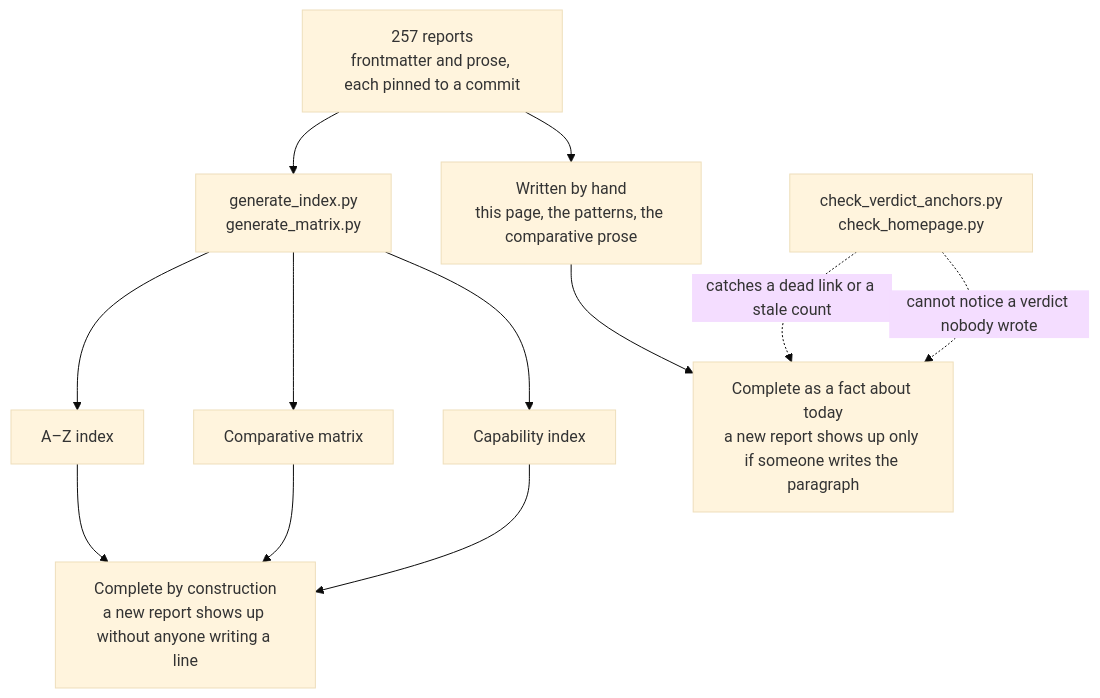
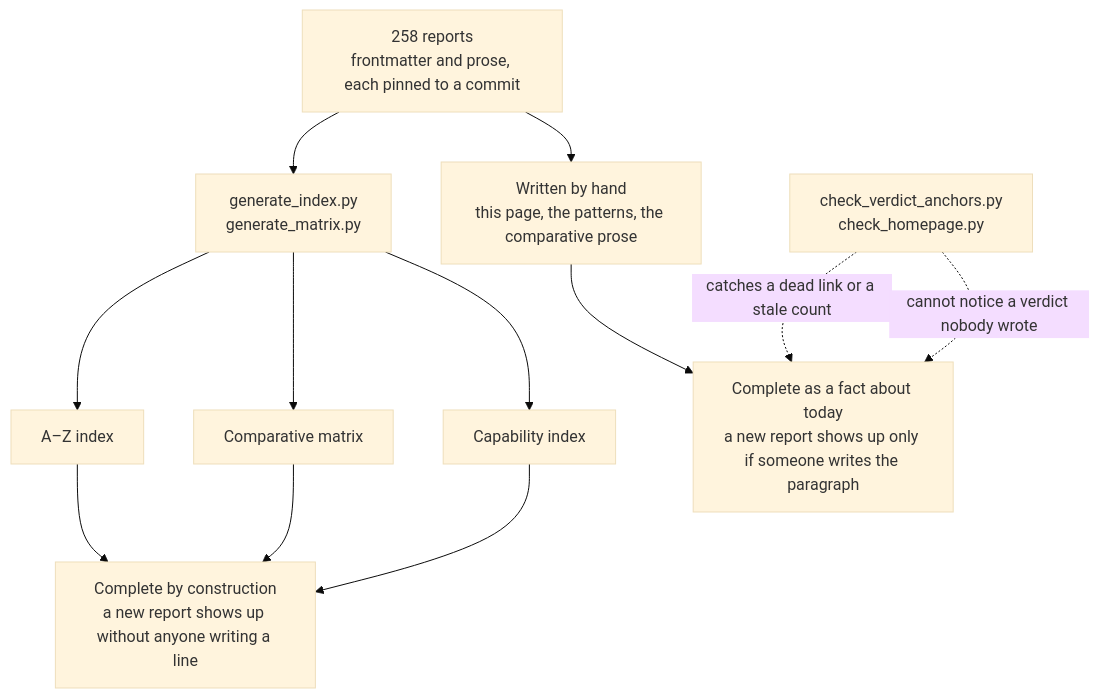
One commit to neoneye/agent-memory-atlas changed the diagram in content/verdicts.md. Above: the diagram before and after it, drawn with Mermaid (base theme). The commit also changed other lines of this file and 21 other files, not shown here.

````diff
--- a/content/verdicts.md
+++ b/content/verdicts.md
@@ -40,15 +40,15 @@
 ```mermaid
 flowchart TD
-    R["257 reports<br/>frontmatter and prose, each pinned to a commit"]
+    R["258 reports<br/>frontmatter and prose, each pinned to a commit"]
     R --> GEN["generate_index.py<br/>generate_matrix.py"]
     R --> HAND["Written by hand<br/>this page, the patterns, the comparative prose"]
     GEN --> AZ["A–Z index"]
     GEN --> MX["Comparative matrix"]
     GEN --> CI["Capability index"]
     AZ --> CONST["Complete by construction<br/>a new report shows up without anyone writing a line"]
     MX --> CONST
     CI --> CONST
     HAND --> TODAY["Complete as a fact about today<br/>a new report shows up only if someone writes the paragraph"]
     CHK["check_verdict_anchors.py<br/>check_homepage.py"] -.->|"catches a dead link or a stale count"| TODAY
     CHK -.->|"cannot notice a verdict nobody wrote"| TODAY
 ```
````
